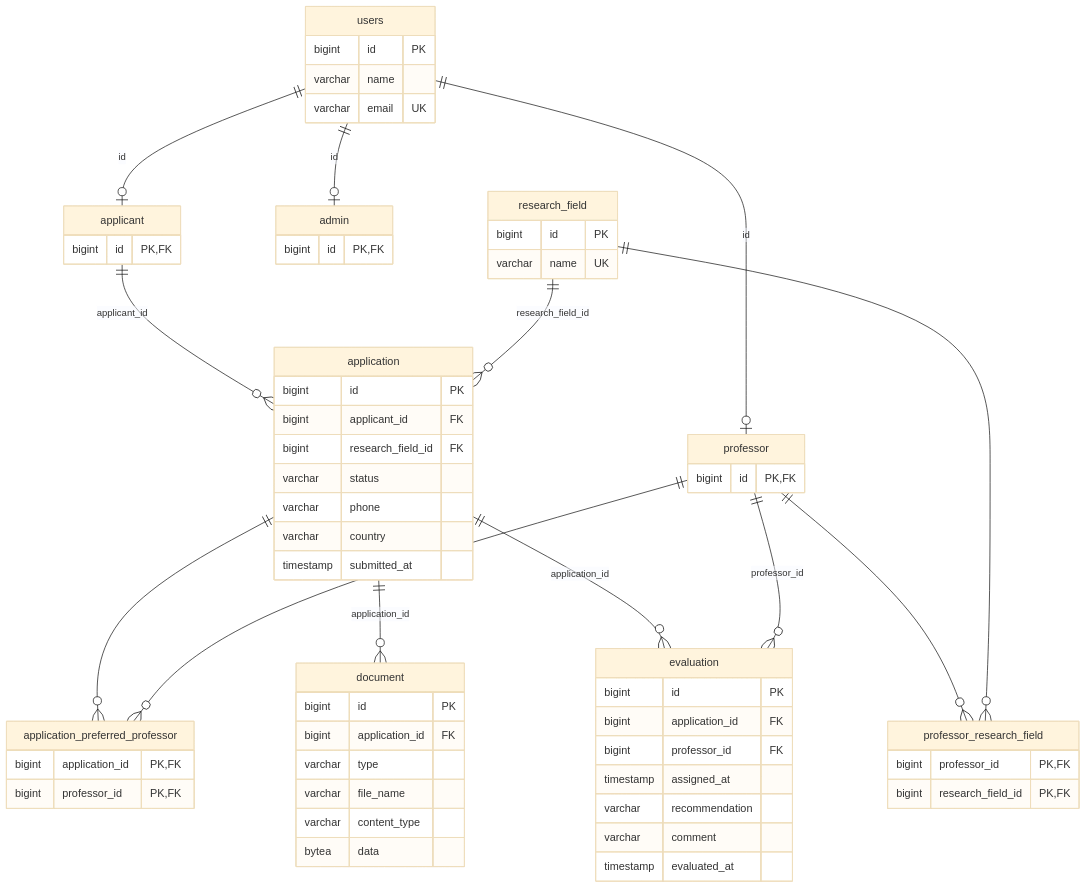
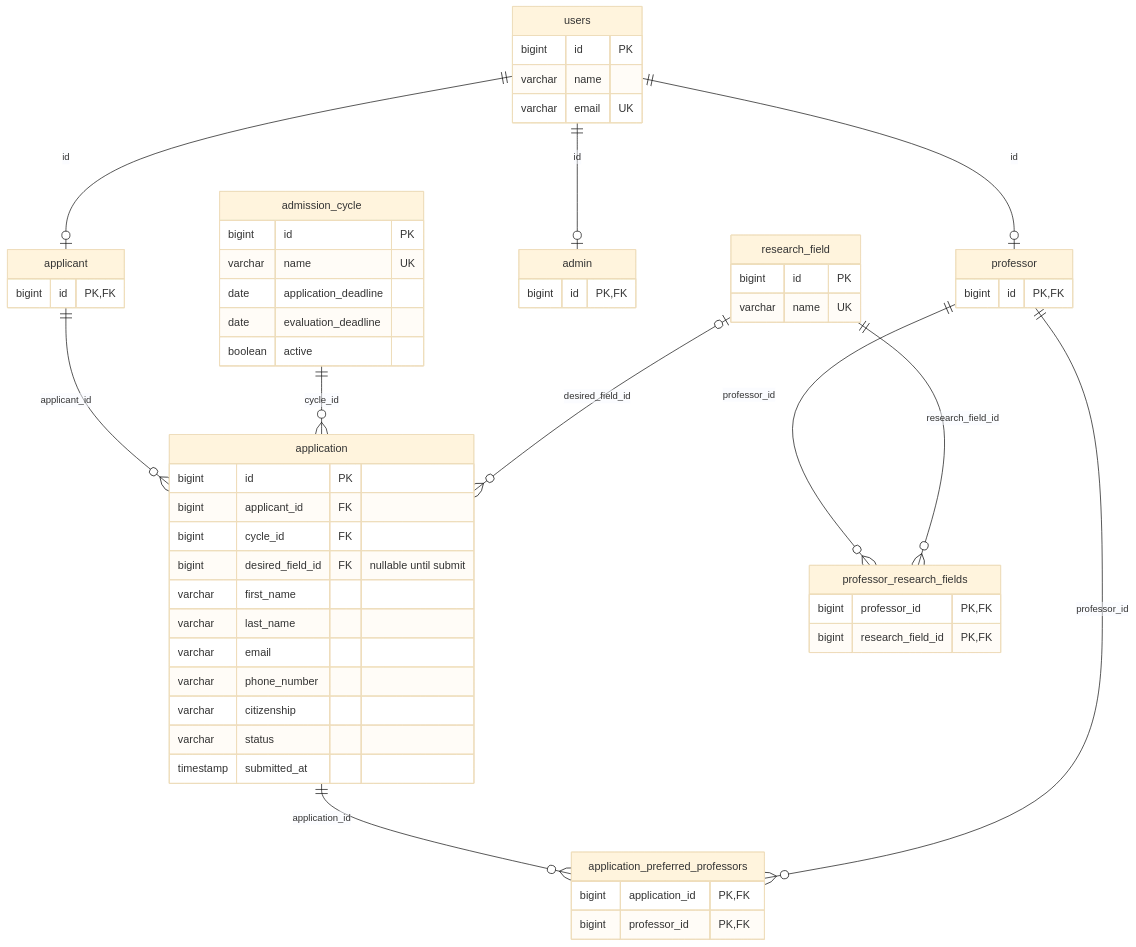
One commit to sanil04/Graduate-Admissions-Management-System changed the third of 3 diagrams in README.MD. Above: the diagram before and after it, drawn with Mermaid (base theme). The commit also changed other lines of this file and 1 other file, not shown here.

Commit message:
docs: move UML and schema updates into README.MD

````diff
--- a/README.MD
+++ b/README.MD
@@ -188,62 +179,54 @@
 ```mermaid
 erDiagram
     users ||--o| applicant : "id"
     users ||--o| professor : "id"
     users ||--o| admin : "id"
     applicant ||--o{ application : "applicant_id"
-    research_field ||--o{ application : "research_field_id"
-    application ||--o{ application_preferred_professor : ""
-    professor ||--o{ application_preferred_professor : ""
-    professor ||--o{ professor_research_field : ""
-    research_field ||--o{ professor_research_field : ""
-    application ||--o{ document : "application_id"
-    application ||--o{ evaluation : "application_id"
-    professor ||--o{ evaluation : "professor_id"
+    admission_cycle ||--o{ application : "cycle_id"
+    research_field |o--o{ application : "desired_field_id"
+    application ||--o{ application_preferred_professors : "application_id"
+    professor ||--o{ application_preferred_professors : "professor_id"
+    professor ||--o{ professor_research_fields : "professor_id"
+    research_field ||--o{ professor_research_fields : "research_field_id"
 
     users {
         bigint id PK
         varchar name
         varchar email UK
     }
     applicant { bigint id PK,FK }
     professor { bigint id PK,FK }
     admin { bigint id PK,FK }
     research_field {
         bigint id PK
         varchar name UK
     }
+    admission_cycle {
+        bigint id PK
+        varchar name UK
+        date application_deadline
+        date evaluation_deadline
+        boolean active
+    }
     application {
         bigint id PK
         bigint applicant_id FK
-        bigint research_field_id FK
+        bigint cycle_id FK
+        bigint desired_field_id FK "nullable until submit"
+        varchar first_name
+        varchar last_name
+        varchar email
+        varchar phone_number
+        varchar citizenship
         varchar status
-        varchar phone
-        varchar country
         timestamp submitted_at
     }
-    application_preferred_professor {
+    application_preferred_professors {
         bigint application_id PK,FK
         bigint professor_id PK,FK
     }
-    professor_research_field {
+    professor_research_fields {
         bigint professor_id PK,FK
         bigint research_field_id PK,FK
     }
-    document {
-        bigint id PK
-        bigint application_id FK
-        varchar type
-        varchar file_name
-        varchar content_type
-        bytea data
-    }
-    evaluation {
-        bigint id PK
-        bigint application_id FK
-        bigint professor_id FK
-        timestamp assigned_at
-        varchar recommendation
-        varchar comment
-        timestamp evaluated_at
-    }
 ```
````
